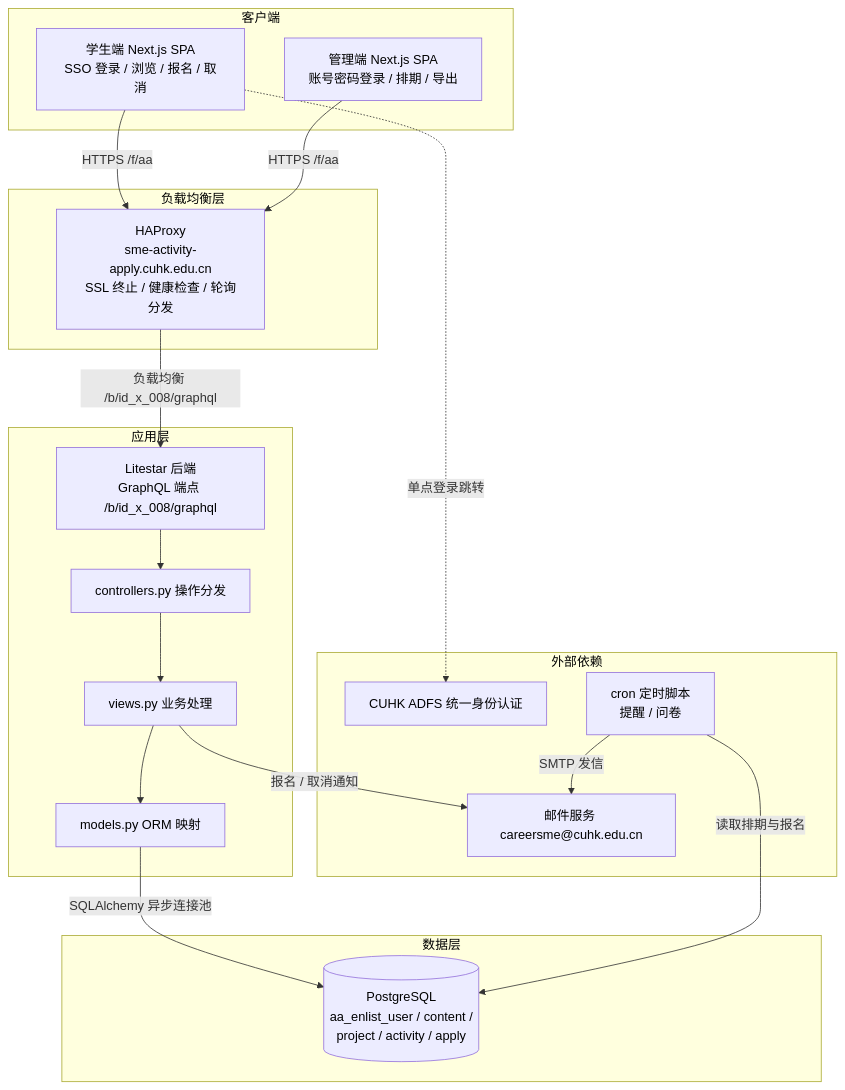
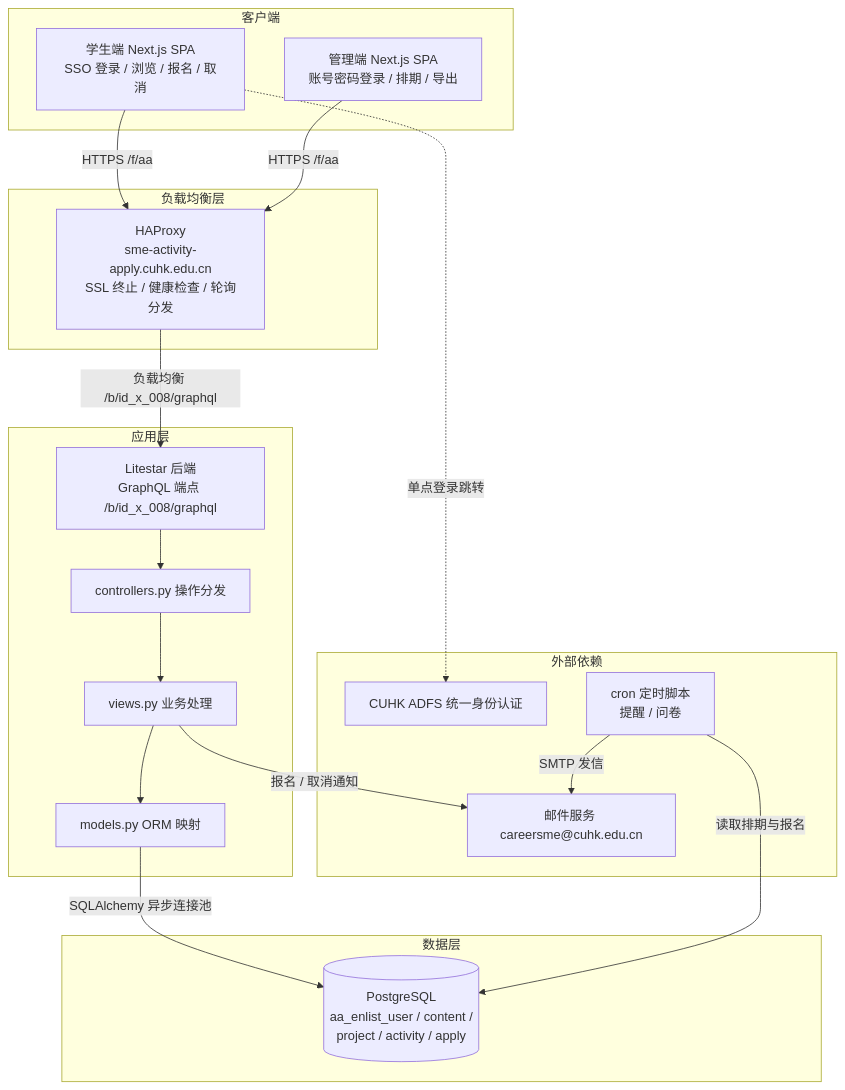
The first of 2 diagrams in README.md (i-TorchLabs/id_x_008), drawn with Mermaid before and after one commit. The commit also changed other lines of this file, not shown here.

````diff
--- a/README.md
+++ b/README.md
@@ -64,46 +64,38 @@
 ```mermaid
 graph TD
     subgraph 客户端
         STU[学生端 Next.js SPA<br/>SSO 登录 / 浏览 / 报名 / 取消]
         ADM[管理端 Next.js SPA<br/>账号密码登录 / 排期 / 导出]
     end
 
     subgraph 负载均衡层
         HAP[HAProxy<br/>sme-activity-apply.cuhk.edu.cn<br/>SSL 终止 / 健康检查 / 轮询分发]
     end
 
     subgraph 应用层
         API[Litestar 后端<br/>GraphQL 端点 /b/id_x_008/graphql]
         CTRL[controllers.py 操作分发]
         VIEW[views.py 业务处理]
         MODEL[models.py ORM 映射]
     end
 
     subgraph 数据层
         PG[(PostgreSQL<br/>aa_enlist_user / content /<br/>project / activity / apply)]
     end
 
     subgraph 外部依赖
         SSO[CUHK ADFS 统一身份认证]
         SMTP[邮件服务 careersme@cuhk.edu.cn]
         CRON[cron 定时脚本<br/>提醒 / 问卷]
     end
 
     STU -->|HTTPS /f/aa| HAP
     ADM -->|HTTPS /f/aa| HAP
     HAP -->|负载均衡 /b/id_x_008/graphql| API
     STU -.->|单点登录跳转| SSO
     API --> CTRL --> VIEW --> MODEL
     MODEL -->|SQLAlchemy 异步连接池| PG
     CRON -->|读取排期与报名| PG
     CRON -->|SMTP 发信| SMTP
     VIEW -->|报名 / 取消通知| SMTP
-
-    classDef blackText color:#000;
-    class STU,ADM,HAP,API,CTRL,VIEW,MODEL,PG,SSO,SMTP,CRON blackText;
-    style 客户端 color:#000
-    style 负载均衡层 color:#000
-    style 应用层 color:#000
-    style 数据层 color:#000
-    style 外部依赖 color:#000
 ```
````
